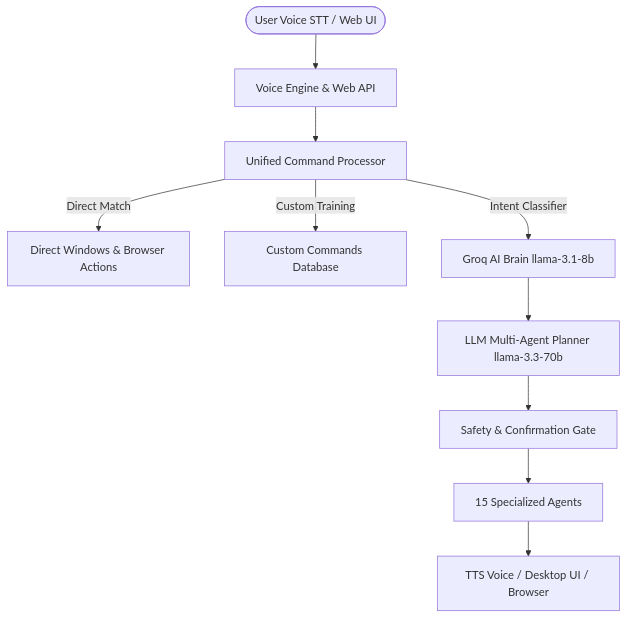
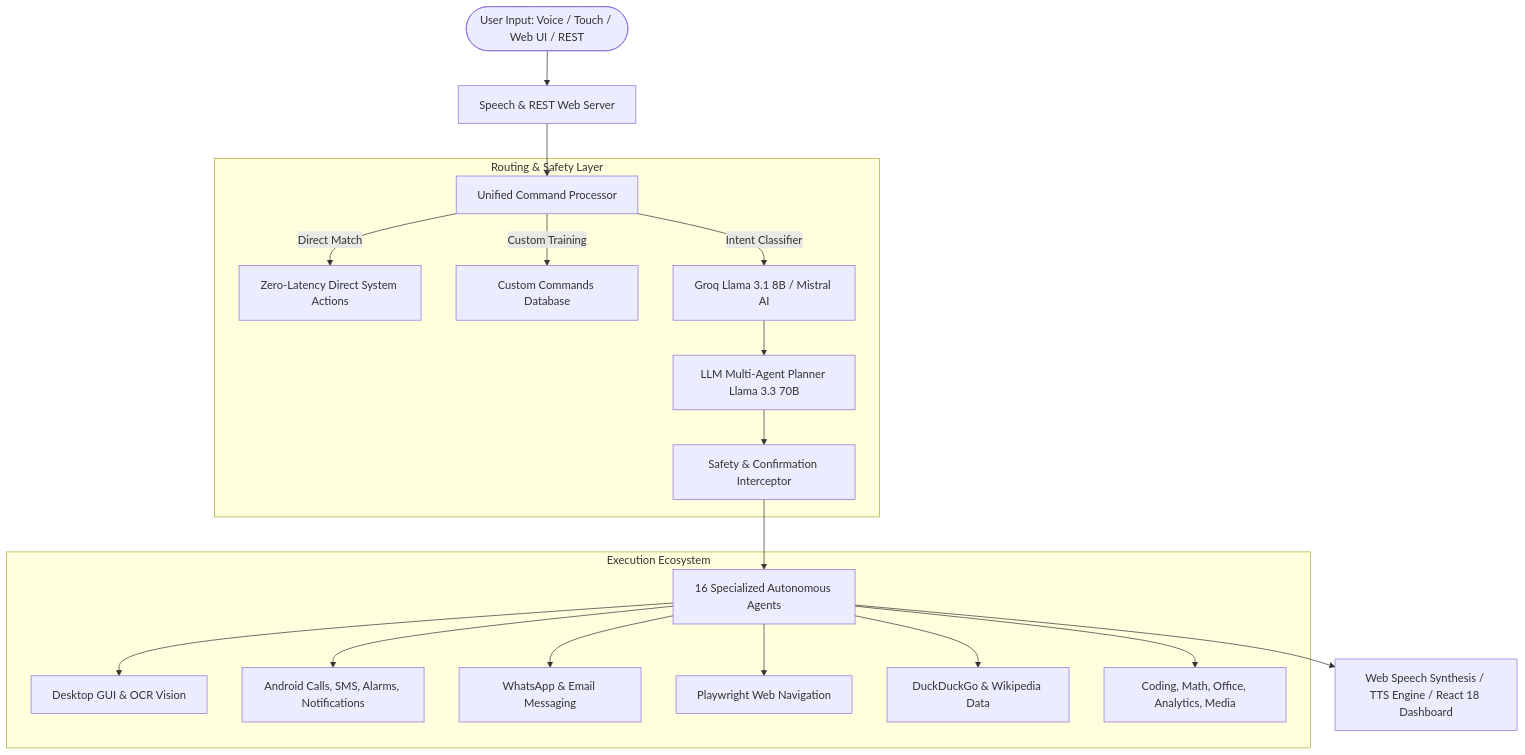
The diagram in README.md (MalajiGopiChand/AI-Desktop-Voice-Assistant-Alexa-Clone.), drawn with Mermaid before and after one commit. The commit also changed other lines of this file, not shown here.

````diff
--- a/README.md
+++ b/README.md
@@ -9,12 +31,26 @@
 ```mermaid
 graph TD
-    User([User Voice STT / Web UI]) --> VoiceEngine[Voice Engine & Web API]
-    VoiceEngine --> CmdProc[Unified Command Processor]
-    CmdProc --> |Direct Match| DirectExec[Direct Windows & Browser Actions]
-    CmdProc --> |Custom Training| CustomDB[Custom Commands Database]
-    CmdProc --> |Intent Classifier| Brain[Groq AI Brain llama-3.1-8b]
-    Brain --> Planner[LLM Multi-Agent Planner llama-3.3-70b]
-    Planner --> SafetyGate[Safety & Confirmation Gate]
-    SafetyGate --> Agents[15 Specialized Agents]
-    Agents --> Output[TTS Voice / Desktop UI / Browser]
+    User([User Input: Voice / Touch / Web UI / REST]) --> Engine[Speech & REST Web Server]
+    Engine --> CmdProc[Unified Command Processor]
+    
+    subgraph Routing & Safety Layer
+        CmdProc --> |Direct Match| DirectExec[Zero-Latency Direct System Actions]
+        CmdProc --> |Custom Training| CustomDB[Custom Commands Database]
+        CmdProc --> |Intent Classifier| Brain[Groq Llama 3.1 8B / Mistral AI]
+        Brain --> Planner[LLM Multi-Agent Planner Llama 3.3 70B]
+        Planner --> SafetyGate[Safety & Confirmation Interceptor]
+    end
+    
+    SafetyGate --> Agents[16 Specialized Autonomous Agents]
+    
+    subgraph Execution Ecosystem
+        Agents --> DesktopAgent[Desktop GUI & OCR Vision]
+        Agents --> MobileAgent[Android Calls, SMS, Alarms, Notifications]
+        Agents --> CommsAgent[WhatsApp & Email Messaging]
+        Agents --> BrowserAgent[Playwright Web Navigation]
+        Agents --> ResearchAgent[DuckDuckGo & Wikipedia Data]
+        Agents --> OtherAgents[Coding, Math, Office, Analytics, Media]
+    end
+    
+    Agents --> Output[Web Speech Synthesis / TTS Engine / React 18 Dashboard]
 ```
````
